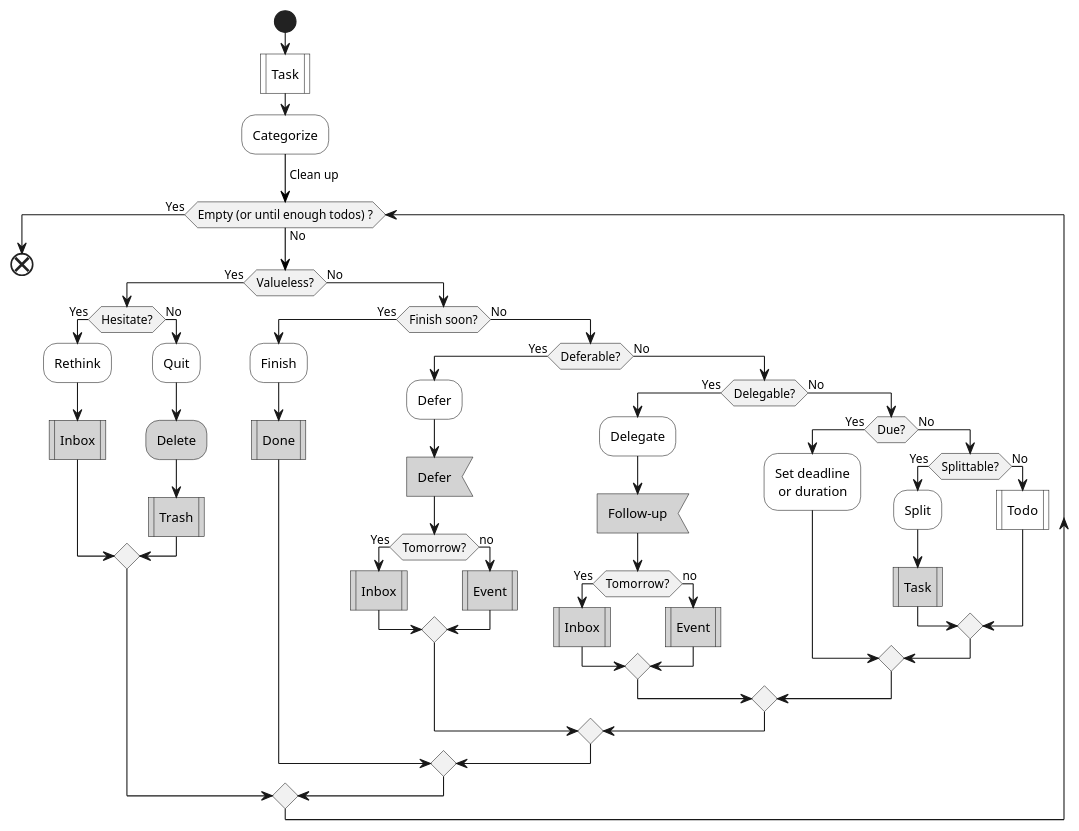
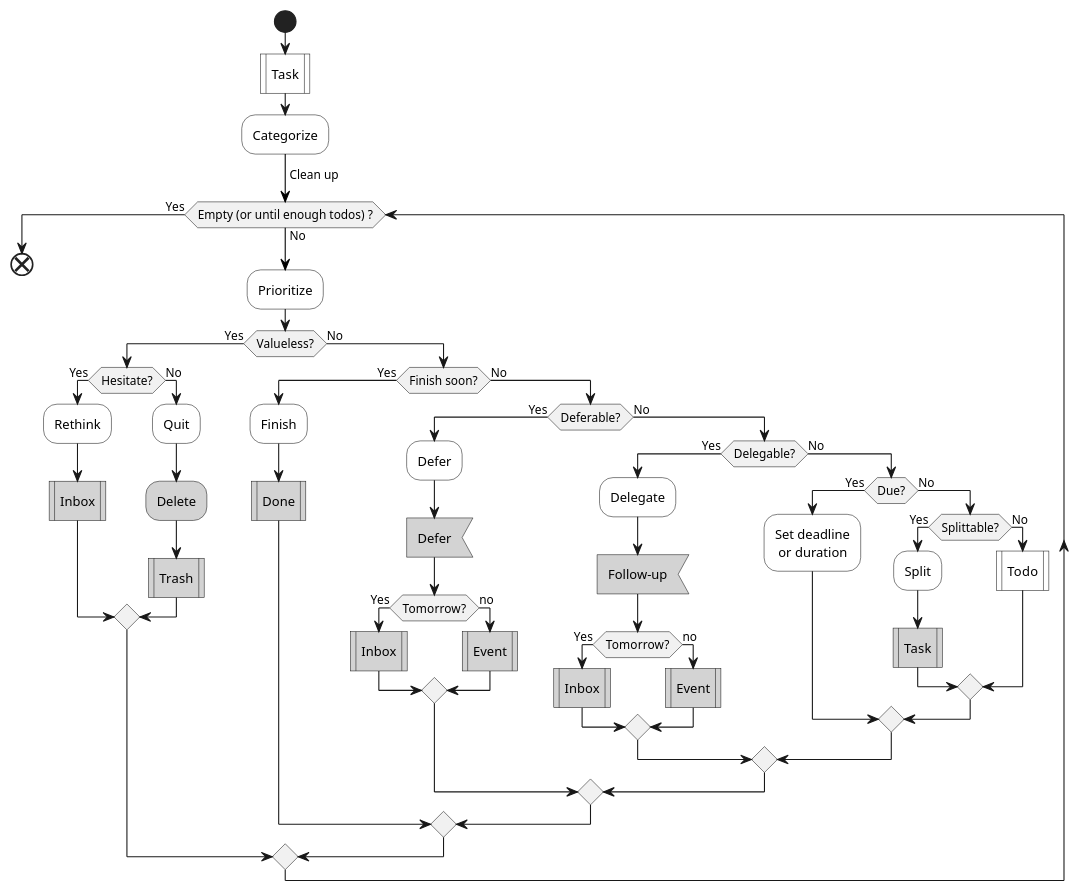
Before and after one commit to IceHe/icehe-lib: the second of 4 diagrams in lifelogs/rehabilitation.md, drawn with PlantUML. The commit also changed other lines of this file, not shown here.

Commit message:
2020-12-18 01:39:16 Fri

````diff
--- a/lifelogs/rehabilitation.md
+++ b/lifelogs/rehabilitation.md
@@ -232,62 +237,63 @@
 ```plantuml
 @startuml
 start
 #white:Task|
 #white:Categorize;
 -[#black]-> Clean up;
 while (Empty (or until enough todos) ?) is (No)
+    #white:Prioritize;
     if (Valueless?) then (Yes)
         if (Hesitate?) then (Yes)
             #white:Rethink;
             #lightGray:Inbox|
         else (No)
             #white:Quit;
             #lightGray:Delete;
             #lightGray:Trash|
         endif
     else (No)
         if (Finish soon?) then (Yes)
             #white:Finish;
             #lightGray:Done|
         else (No)
             if (Deferable?) then (Yes)
                 #white:Defer;
                 #lightGray:Defer<
                 if (Tomorrow?) then (Yes)
                     #lightGray:Inbox|
                 else (no)
                     #lightGray:Event|
                 endif
             else (No)
                 if (Delegable?) then (Yes)
                     #white:Delegate;
                     #lightGray:Follow-up<
                     if (Tomorrow?) then (Yes)
                         #lightGray:Inbox|
                     else (no)
                         #lightGray:Event|
                     endif
                 else (No)
                     'if (Event?) then (Yes)
                     '    #white:Calendar|
                     'else (No)
                         if (Due?) then (Yes)
                             #white:Set deadline\n or duration;
                         else (No)
                             if (Splittable?) then (Yes)
                                 #white:Split;
                                 'note right : SMART 法则
                                 #lightGray:Task|
                             else (No)
                                 #white:Todo|
                             endif
                         endif
                     'endif
                 endif
             endif
         endif
     endif
 endwhile (Yes)
 end
 @enduml
 ```
````
